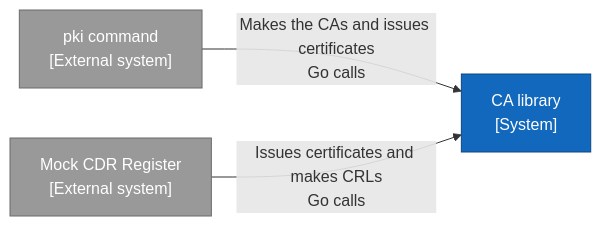
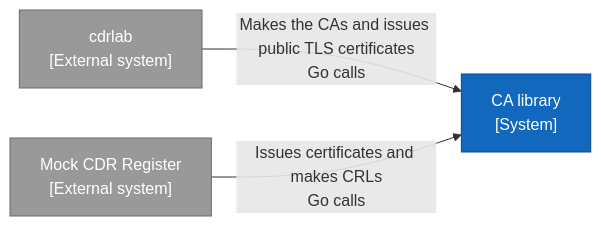
One commit to lukemundy/cdr-lab changed the diagram in pkg/ca/DESIGN.md. Above: the diagram before and after it, drawn with Mermaid. The commit also changed 30 other files, not shown here.

Commit message:
feat(cli): give cdrlab each function of the pki command, with files as the output (CDR-210) (#86)

````diff
--- a/pkg/ca/DESIGN.md
+++ b/pkg/ca/DESIGN.md
@@ -7,14 +7,14 @@
 ```mermaid
 flowchart LR
-  pki["pki command<br>[External system]"]
+  cdrlab["cdrlab<br>[External system]"]
   register["Mock CDR Register<br>[External system]"]
   ca["CA library<br>[System]"]
 
-  pki -- "Makes the CAs and issues certificates<br>Go calls" --> ca
+  cdrlab -- "Makes the CAs and issues public TLS certificates<br>Go calls" --> ca
   register -- "Issues certificates and makes CRLs<br>Go calls" --> ca
 
   classDef system fill:#1168bd,color:#fff,stroke:#0b4884
   classDef external fill:#999,color:#fff,stroke:#6b6b6b
   class ca system
-  class pki,register external
+  class cdrlab,register external
 ```
````
